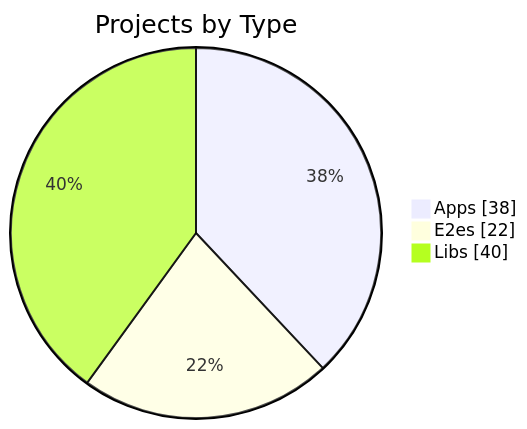
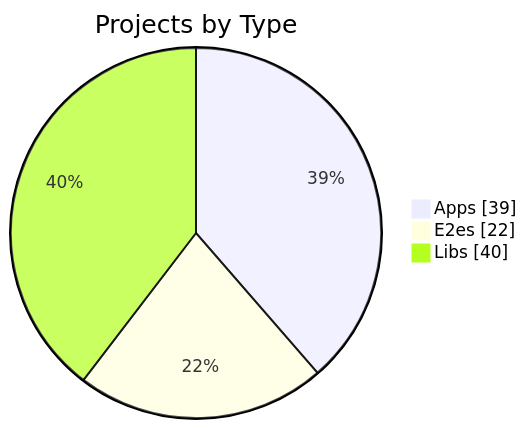
One commit to KBVE/kbve changed the first of 3 diagrams in apps/kbve/astro-kbve/src/content/docs/dashboard/graph.mdx. Above: the diagram before and after it, drawn with Mermaid. The commit also changed other lines of this file and 8 other files, not shown here.

````diff
--- a/apps/kbve/astro-kbve/src/content/docs/dashboard/graph.mdx
+++ b/apps/kbve/astro-kbve/src/content/docs/dashboard/graph.mdx
@@ -56,7 +56,7 @@
 ```mermaid
 pie showData
     title Projects by Type
-    "Apps" : 38
+    "Apps" : 39
     "E2es" : 22
     "Libs" : 40
 ```
````
